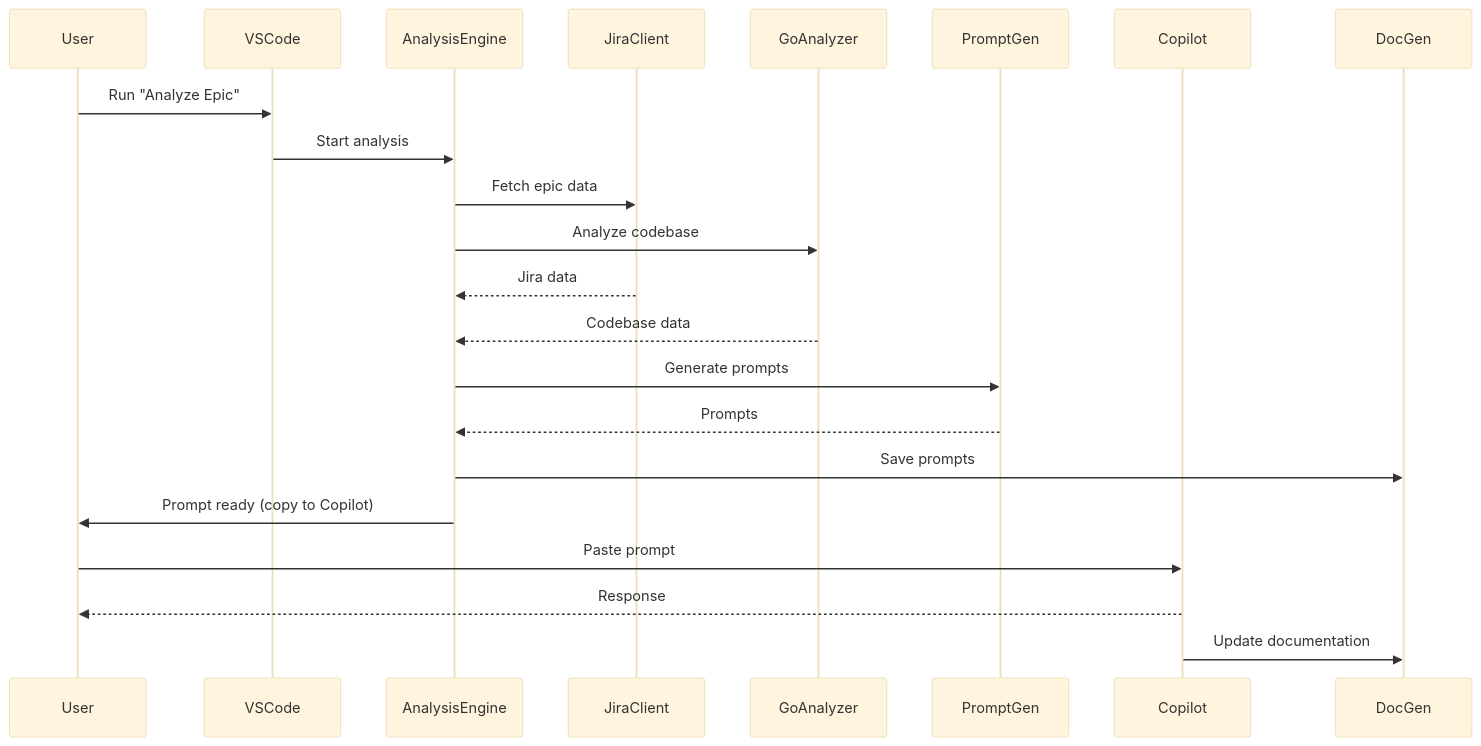
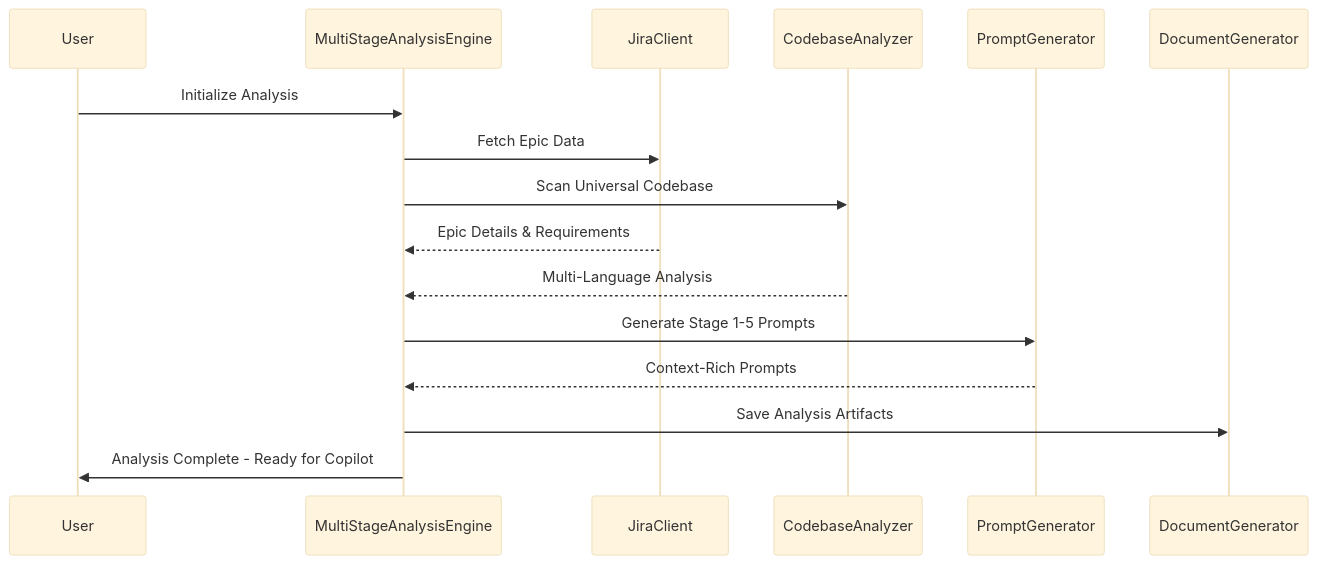
Before and after one commit to Srinidhi94/Product-Owner-AI-Agent: the second of 3 diagrams in docs/ARCHITECTURE.md, drawn with Mermaid (base theme). The commit also changed other lines of this file and 31 other files, not shown here.

````diff
--- a/docs/ARCHITECTURE.md
+++ b/docs/ARCHITECTURE.md
@@ -62,25 +76,19 @@
 ```mermaid
 sequenceDiagram
     participant User
-    participant VSCode
-    participant AnalysisEngine
-    participant JiraClient
-    participant GoAnalyzer
-    participant PromptGen
-    participant Copilot
-    participant DocGen
+    participant Engine as MultiStageAnalysisEngine
+    participant Jira as JiraClient
+    participant Analyzer as CodebaseAnalyzer
+    participant Prompts as PromptGenerator
+    participant Docs as DocumentGenerator
 
-    User->>VSCode: Run "Analyze Epic"
-    VSCode->>AnalysisEngine: Start analysis
-    AnalysisEngine->>JiraClient: Fetch epic data
-    AnalysisEngine->>GoAnalyzer: Analyze codebase
-    JiraClient-->>AnalysisEngine: Jira data
-    GoAnalyzer-->>AnalysisEngine: Codebase data
-    AnalysisEngine->>PromptGen: Generate prompts
-    PromptGen-->>AnalysisEngine: Prompts
-    AnalysisEngine->>DocGen: Save prompts
-    AnalysisEngine->>User: Prompt ready (copy to Copilot)
-    User->>Copilot: Paste prompt
-    Copilot-->>User: Response
-    Copilot->>DocGen: Update documentation
+    User->>Engine: Initialize Analysis
+    Engine->>Jira: Fetch Epic Data
+    Engine->>Analyzer: Scan Universal Codebase
+    Jira-->>Engine: Epic Details & Requirements
+    Analyzer-->>Engine: Multi-Language Analysis
+    Engine->>Prompts: Generate Stage 1-5 Prompts
+    Prompts-->>Engine: Context-Rich Prompts
+    Engine->>Docs: Save Analysis Artifacts
+    Engine->>User: Analysis Complete - Ready for Copilot
 ```
````
